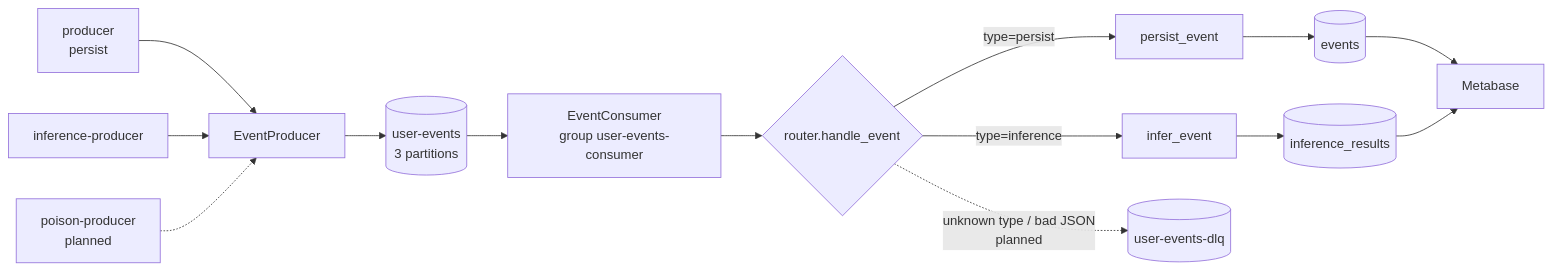
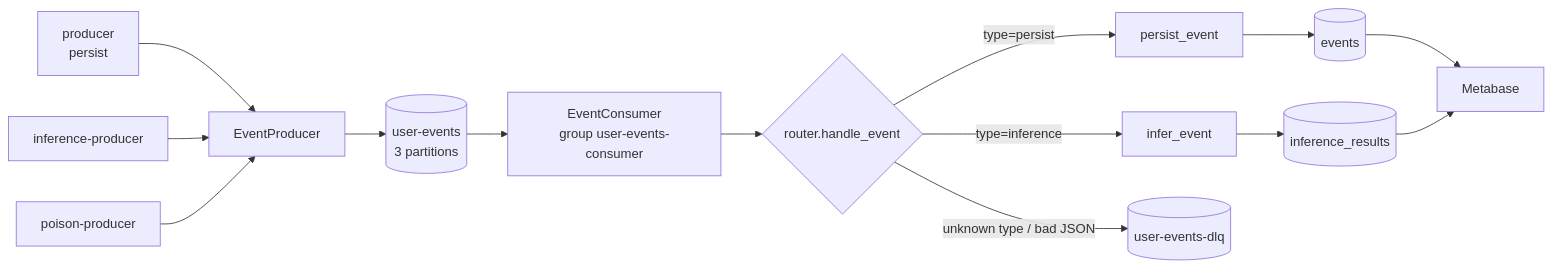
Before and after one commit to julio-correa-rios/kafka-streaming: the first of 3 diagrams in data/docs/architecture-notes.md, drawn with Mermaid. The commit also changed other lines of this file, not shown here.

Commit message:
Updating architecture notes after the robustness hitos.

````diff
--- a/data/docs/architecture-notes.md
+++ b/data/docs/architecture-notes.md
@@ -10,14 +10,14 @@
 ```mermaid
 flowchart LR
   PP[producer<br/>persist] --> EP[EventProducer]
   PI[inference-producer] --> EP
-  PZ[poison-producer<br/>planned] -.-> EP
+  PZ[poison-producer] --> EP
   EP --> T[(user-events<br/>3 partitions)]
   T --> EC[EventConsumer<br/>group user-events-consumer]
   EC --> R{router.handle_event}
   R -- type=persist --> P[persist_event] --> E[(events)]
   R -- type=inference --> I[infer_event] --> IR[(inference_results)]
-  R -. unknown type / bad JSON<br/>planned .-> DLQ[(user-events-dlq)]
+  R -- unknown type / bad JSON --> DLQ[(user-events-dlq)]
   E --> MB[Metabase]
   IR --> MB
 ```
````
